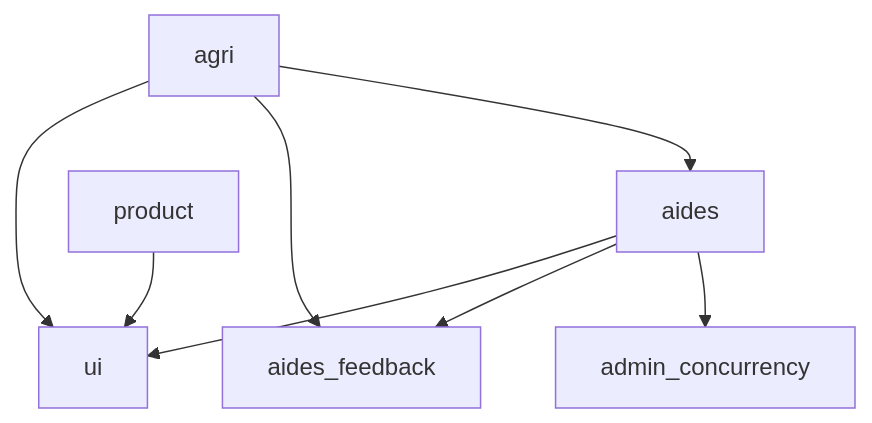
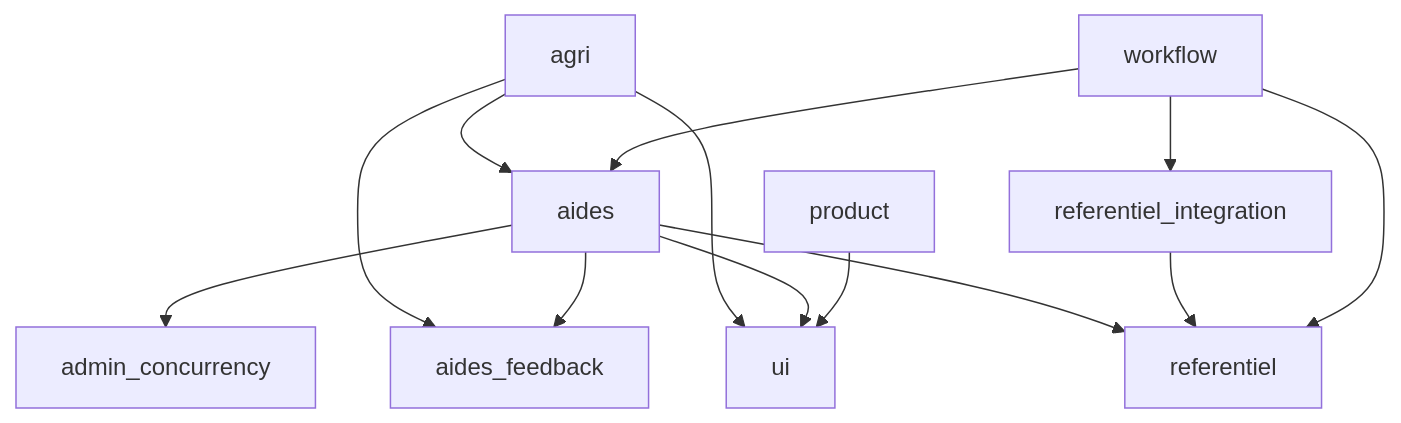
One commit to betagouv/aides-agri changed the second of 3 diagrams in documentation/dat/architecture-logicielle.md. Above: the diagram before and after it, drawn with Mermaid. The commit also changed other lines of this file and 2 other files, not shown here.

Commit message:
docs: update with new architecture and dependencies

````diff
--- a/documentation/dat/architecture-logicielle.md
+++ b/documentation/dat/architecture-logicielle.md
@@ -59,10 +64,15 @@
 ```mermaid
 graph TD;
     agri-->aides;
     agri-->aides_feedback;
     agri-->ui;
     aides-->admin_concurrency;
     aides-->aides_feedback;
     aides-->ui;
     product-->ui;
+    aides-->referentiel;
+    referentiel_integration-->referentiel;
+    workflow-->referentiel_integration;
+    workflow-->referentiel;
+    workflow-->aides;
 ```
````
